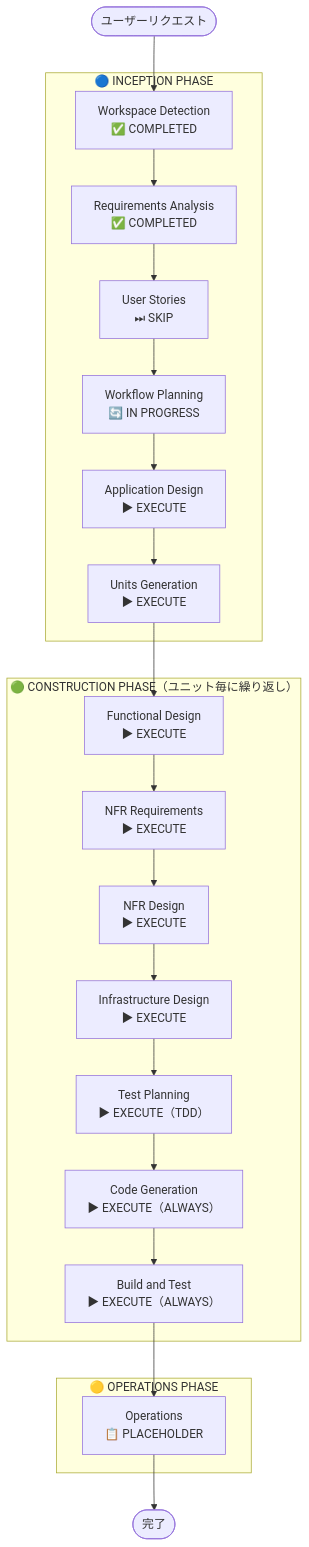
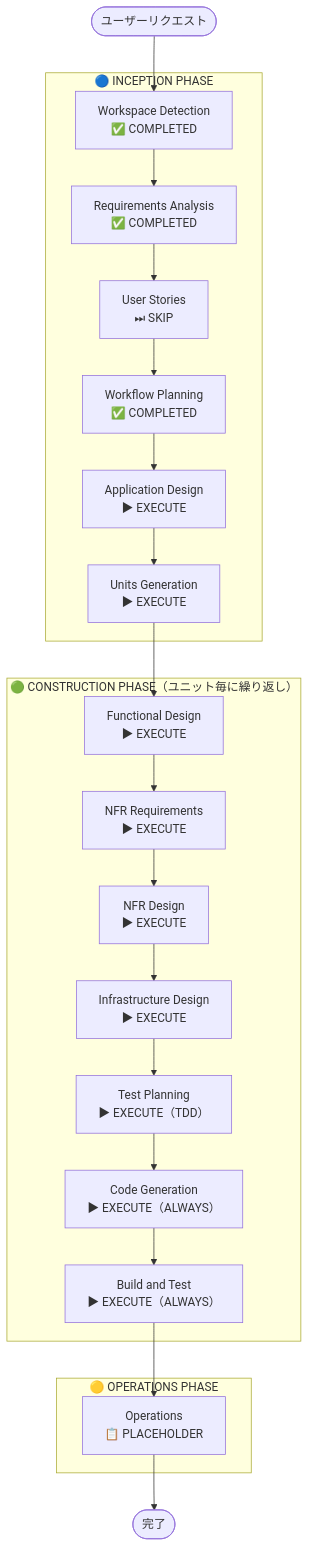
One commit to aws-dlc-hackathon-team-a/team-a changed the diagram in aidlc-docs/inception/plans/execution-plan.md. Above: the diagram before and after it, drawn with Mermaid. The commit also changed other lines of this file and 10 other files, not shown here.

````diff
--- a/aidlc-docs/inception/plans/execution-plan.md
+++ b/aidlc-docs/inception/plans/execution-plan.md
@@ -28,43 +28,43 @@
 ```mermaid
 flowchart TD
     Start(["ユーザーリクエスト"])
 
     subgraph INCEPTION["🔵 INCEPTION PHASE"]
         WD["Workspace Detection\n✅ COMPLETED"]
         RA["Requirements Analysis\n✅ COMPLETED"]
         US["User Stories\n⏭ SKIP"]
-        WP["Workflow Planning\n🔄 IN PROGRESS"]
+        WP["Workflow Planning\n✅ COMPLETED"]
         AD["Application Design\n▶ EXECUTE"]
         UG["Units Generation\n▶ EXECUTE"]
     end
 
     subgraph CONSTRUCTION["🟢 CONSTRUCTION PHASE（ユニット毎に繰り返し）"]
         FD["Functional Design\n▶ EXECUTE"]
         NFRA["NFR Requirements\n▶ EXECUTE"]
         NFRD["NFR Design\n▶ EXECUTE"]
         ID["Infrastructure Design\n▶ EXECUTE"]
         TP["Test Planning\n▶ EXECUTE（TDD）"]
         CG["Code Generation\n▶ EXECUTE（ALWAYS）"]
         BT["Build and Test\n▶ EXECUTE（ALWAYS）"]
     end
 
     subgraph OPERATIONS["🟡 OPERATIONS PHASE"]
         OPS["Operations\n📋 PLACEHOLDER"]
     end
 
     Start --> WD
     WD --> RA
     RA --> US
     US --> WP
     WP --> AD
     AD --> UG
     UG --> FD
     FD --> NFRA
     NFRA --> NFRD
     NFRD --> ID
     ID --> TP
     TP --> CG
     CG --> BT
     BT --> OPS
     OPS --> End(["完了"])
 ```
````
